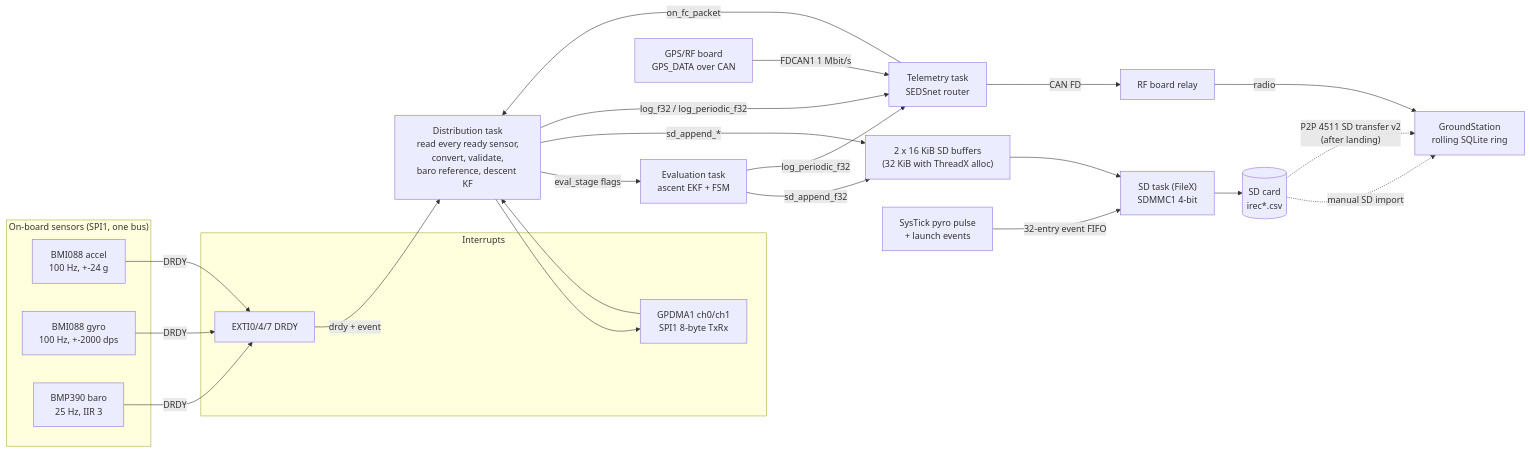
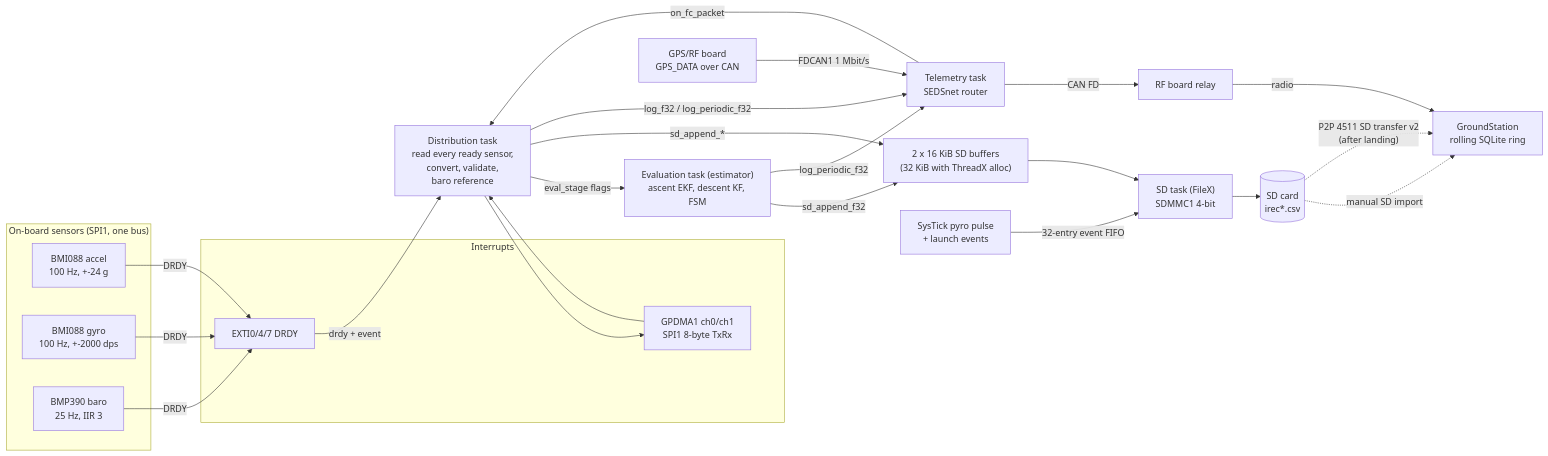
One commit to University-at-Buffalo-SEDS/FlightComputer26 changed the first of 3 diagrams in docs/data-pipeline.md. Above: the diagram before and after it, drawn with Mermaid. The commit also changed other lines of this file and 12 other files, not shown here.

````diff
--- a/docs/data-pipeline.md
+++ b/docs/data-pipeline.md
@@ -16,28 +16,28 @@
 ```mermaid
 flowchart LR
   subgraph Sensors["On-board sensors (SPI1, one bus)"]
     ACC["BMI088 accel<br/>100 Hz, +-24 g"]
     GYR["BMI088 gyro<br/>100 Hz, +-2000 dps"]
     BAR["BMP390 baro<br/>25 Hz, IIR 3"]
   end
   GPSB["GPS/RF board<br/>GPS_DATA over CAN"]
   subgraph ISR["Interrupts"]
     EXTI["EXTI0/4/7 DRDY"]
     DMA["GPDMA1 ch0/ch1<br/>SPI1 8-byte TxRx"]
   end
   ACC & GYR & BAR -- DRDY --> EXTI
-  EXTI -- "drdy + event" --> DIST["Distribution task<br/>read every ready sensor,<br/>convert, validate,<br/>baro reference, descent KF"]
+  EXTI -- "drdy + event" --> DIST["Distribution task<br/>read every ready sensor,<br/>convert, validate,<br/>baro reference"]
   DIST --> DMA --> DIST
   GPSB -- "FDCAN1 1 Mbit/s" --> TLM["Telemetry task<br/>SEDSnet router"]
   TLM -- "on_fc_packet" --> DIST
-  DIST -- "eval_stage flags" --> EVAL["Evaluation task<br/>ascent EKF + FSM"]
+  DIST -- "eval_stage flags" --> EVAL["Evaluation task (estimator)<br/>ascent EKF, descent KF, FSM"]
   DIST -- "sd_append_*" --> SDB["2 x 16 KiB SD buffers<br/>(32 KiB with ThreadX alloc)"]
   EVAL -- "sd_append_f32" --> SDB
   PYRO["SysTick pyro pulse<br/>+ launch events"] -- "32-entry event FIFO" --> SDT
   SDB --> SDT["SD task (FileX)<br/>SDMMC1 4-bit"] --> CARD[("SD card<br/>irec*.csv")]
   DIST -- "log_f32 / log_periodic_f32" --> TLM
   EVAL -- "log_periodic_f32" --> TLM
   TLM -- "CAN FD" --> RF["RF board relay"] -- radio --> GS["GroundStation<br/>rolling SQLite ring"]
   CARD -. "manual SD import" .-> GS
   CARD -. "P2P 4511 SD transfer v2<br/>(after landing)" .-> GS
 ```
````
